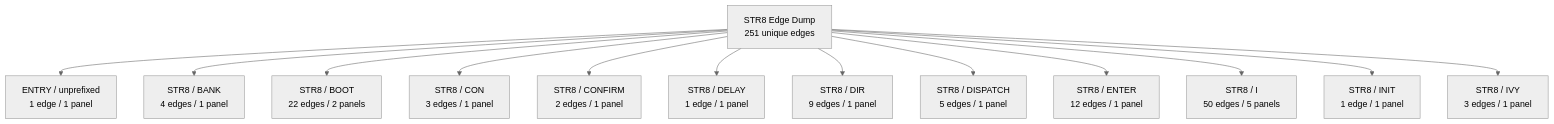
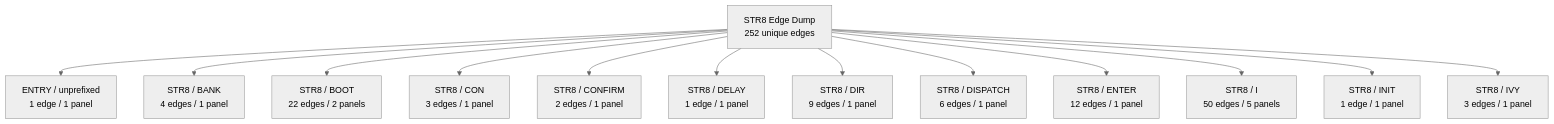
Before and after one commit to 95westus/R-YORS: the first of 42 diagrams in DOC/GUIDES/STR8/STR8_EDGE_DUMP.md, drawn with Mermaid (neutral theme). The commit also changed other lines of this file and 28 other files, not shown here.

Commit message:
STR8: disambiguate local HIMON entry

````diff
--- a/DOC/GUIDES/STR8/STR8_EDGE_DUMP.md
+++ b/DOC/GUIDES/STR8/STR8_EDGE_DUMP.md
@@ -26,15 +26,15 @@
 ```mermaid
 flowchart TD
-    EDGE_ATLAS_ROOT_0["STR8 Edge Dump<br/>251 unique edges"] --> EDGE_FAMILY_0_0["ENTRY / unprefixed<br/>1 edge / 1 panel"]
-    EDGE_ATLAS_ROOT_0["STR8 Edge Dump<br/>251 unique edges"] --> EDGE_FAMILY_0_1["STR8 / BANK<br/>4 edges / 1 panel"]
-    EDGE_ATLAS_ROOT_0["STR8 Edge Dump<br/>251 unique edges"] --> EDGE_FAMILY_0_2["STR8 / BOOT<br/>22 edges / 2 panels"]
-    EDGE_ATLAS_ROOT_0["STR8 Edge Dump<br/>251 unique edges"] --> EDGE_FAMILY_0_3["STR8 / CON<br/>3 edges / 1 panel"]
-    EDGE_ATLAS_ROOT_0["STR8 Edge Dump<br/>251 unique edges"] --> EDGE_FAMILY_0_4["STR8 / CONFIRM<br/>2 edges / 1 panel"]
-    EDGE_ATLAS_ROOT_0["STR8 Edge Dump<br/>251 unique edges"] --> EDGE_FAMILY_0_5["STR8 / DELAY<br/>1 edge / 1 panel"]
-    EDGE_ATLAS_ROOT_0["STR8 Edge Dump<br/>251 unique edges"] --> EDGE_FAMILY_0_6["STR8 / DIR<br/>9 edges / 1 panel"]
-    EDGE_ATLAS_ROOT_0["STR8 Edge Dump<br/>251 unique edges"] --> EDGE_FAMILY_0_7["STR8 / DISPATCH<br/>5 edges / 1 panel"]
-    EDGE_ATLAS_ROOT_0["STR8 Edge Dump<br/>251 unique edges"] --> EDGE_FAMILY_0_8["STR8 / ENTER<br/>12 edges / 1 panel"]
-    EDGE_ATLAS_ROOT_0["STR8 Edge Dump<br/>251 unique edges"] --> EDGE_FAMILY_0_9["STR8 / I<br/>50 edges / 5 panels"]
-    EDGE_ATLAS_ROOT_0["STR8 Edge Dump<br/>251 unique edges"] --> EDGE_FAMILY_0_10["STR8 / INIT<br/>1 edge / 1 panel"]
-    EDGE_ATLAS_ROOT_0["STR8 Edge Dump<br/>251 unique edges"] --> EDGE_FAMILY_0_11["STR8 / IVY<br/>3 edges / 1 panel"]
+    EDGE_ATLAS_ROOT_0["STR8 Edge Dump<br/>252 unique edges"] --> EDGE_FAMILY_0_0["ENTRY / unprefixed<br/>1 edge / 1 panel"]
+    EDGE_ATLAS_ROOT_0["STR8 Edge Dump<br/>252 unique edges"] --> EDGE_FAMILY_0_1["STR8 / BANK<br/>4 edges / 1 panel"]
+    EDGE_ATLAS_ROOT_0["STR8 Edge Dump<br/>252 unique edges"] --> EDGE_FAMILY_0_2["STR8 / BOOT<br/>22 edges / 2 panels"]
+    EDGE_ATLAS_ROOT_0["STR8 Edge Dump<br/>252 unique edges"] --> EDGE_FAMILY_0_3["STR8 / CON<br/>3 edges / 1 panel"]
+    EDGE_ATLAS_ROOT_0["STR8 Edge Dump<br/>252 unique edges"] --> EDGE_FAMILY_0_4["STR8 / CONFIRM<br/>2 edges / 1 panel"]
+    EDGE_ATLAS_ROOT_0["STR8 Edge Dump<br/>252 unique edges"] --> EDGE_FAMILY_0_5["STR8 / DELAY<br/>1 edge / 1 panel"]
+    EDGE_ATLAS_ROOT_0["STR8 Edge Dump<br/>252 unique edges"] --> EDGE_FAMILY_0_6["STR8 / DIR<br/>9 edges / 1 panel"]
+    EDGE_ATLAS_ROOT_0["STR8 Edge Dump<br/>252 unique edges"] --> EDGE_FAMILY_0_7["STR8 / DISPATCH<br/>6 edges / 1 panel"]
+    EDGE_ATLAS_ROOT_0["STR8 Edge Dump<br/>252 unique edges"] --> EDGE_FAMILY_0_8["STR8 / ENTER<br/>12 edges / 1 panel"]
+    EDGE_ATLAS_ROOT_0["STR8 Edge Dump<br/>252 unique edges"] --> EDGE_FAMILY_0_9["STR8 / I<br/>50 edges / 5 panels"]
+    EDGE_ATLAS_ROOT_0["STR8 Edge Dump<br/>252 unique edges"] --> EDGE_FAMILY_0_10["STR8 / INIT<br/>1 edge / 1 panel"]
+    EDGE_ATLAS_ROOT_0["STR8 Edge Dump<br/>252 unique edges"] --> EDGE_FAMILY_0_11["STR8 / IVY<br/>3 edges / 1 panel"]
 ```
````
